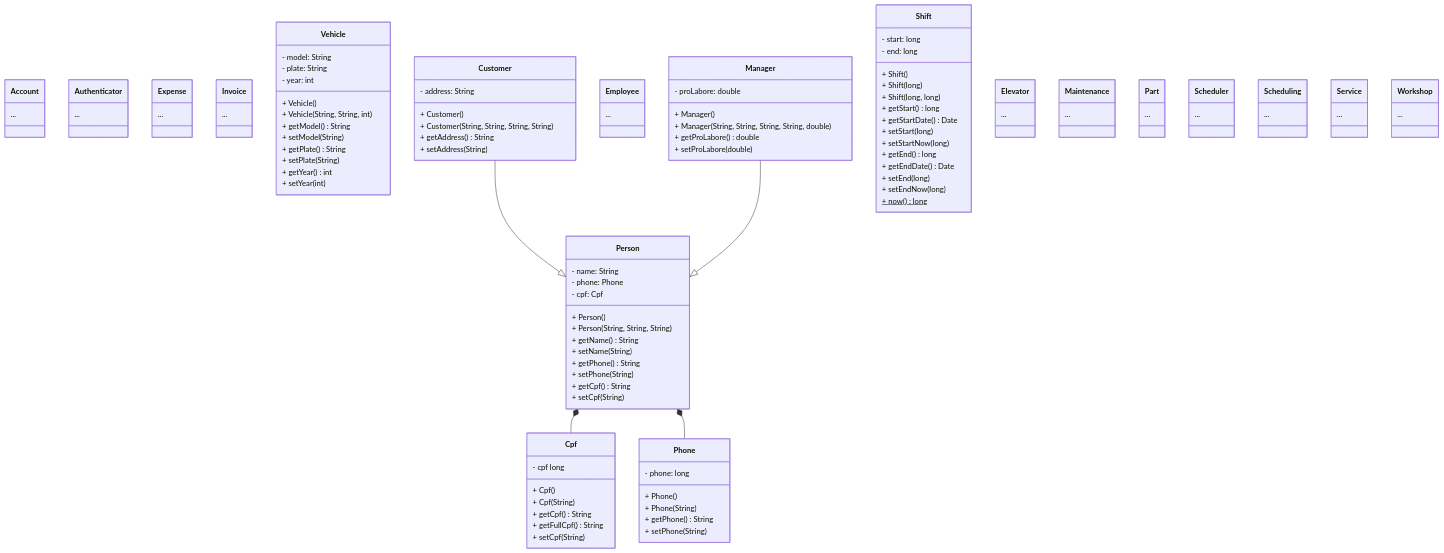
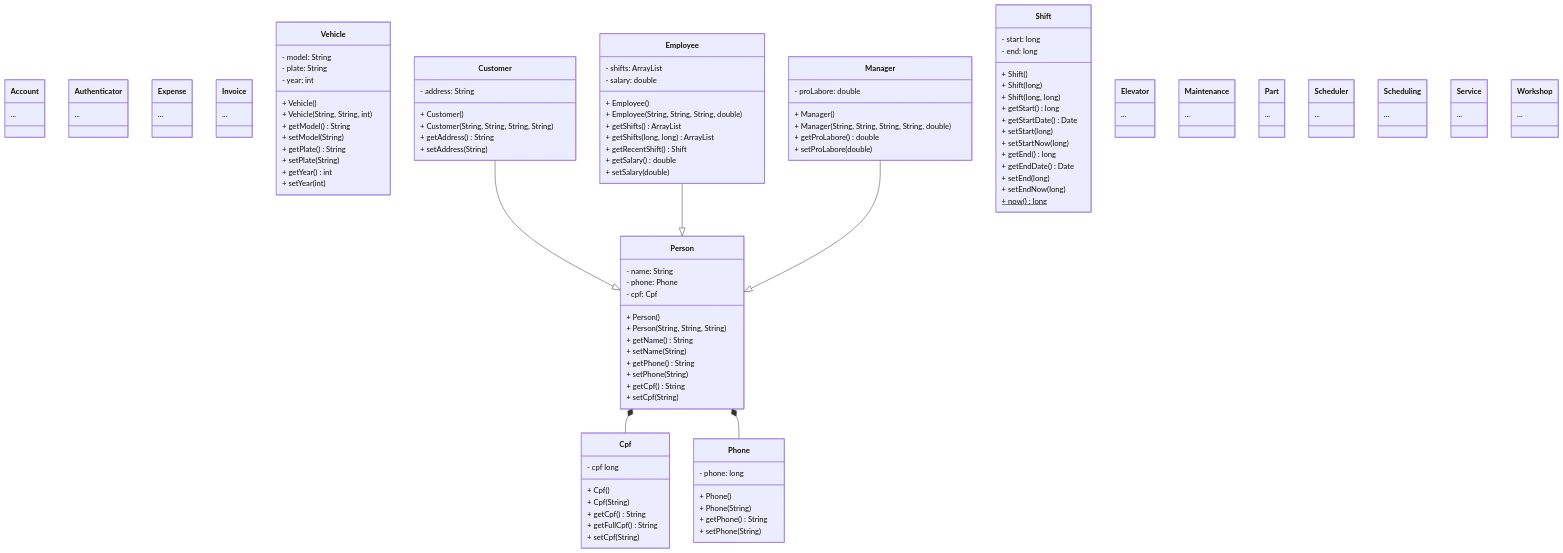
One commit to alan-b-lima/Workshop changed the diagram in README.md. Above: the diagram before and after it, drawn with Mermaid. The commit also changed 1 other file, not shown here.

Commit message:
create Manager class

```diff
--- a/README.md
+++ b/README.md
@@ -150,9 +150,20 @@
         + setAddress(String)
     }
 
-class Employee {
-    ...
-}
+    Employee --|> Person
+    class Employee {
+        - shifts: ArrayList<Shift>
+        - salary: double
+
+        + Employee()
+        + Employee(String, String, String, double)
+
+        + getShifts() ArrayList<Shift>
+        + getShifts(long, long) ArrayList<Shift>
+        + getRecentShift() Shift
+        + getSalary() double
+        + setSalary(double)
+    }
 
     Manager --|> Person
     class Manager {
```
